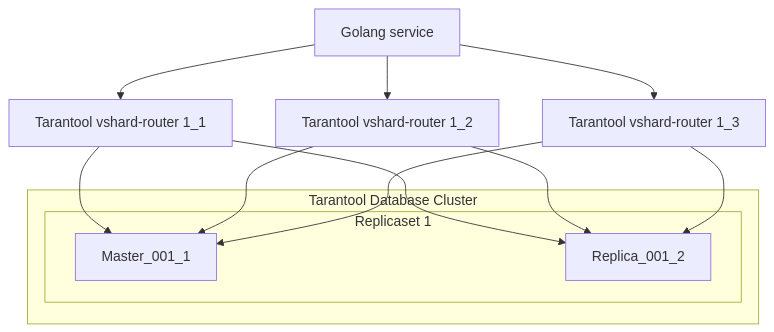
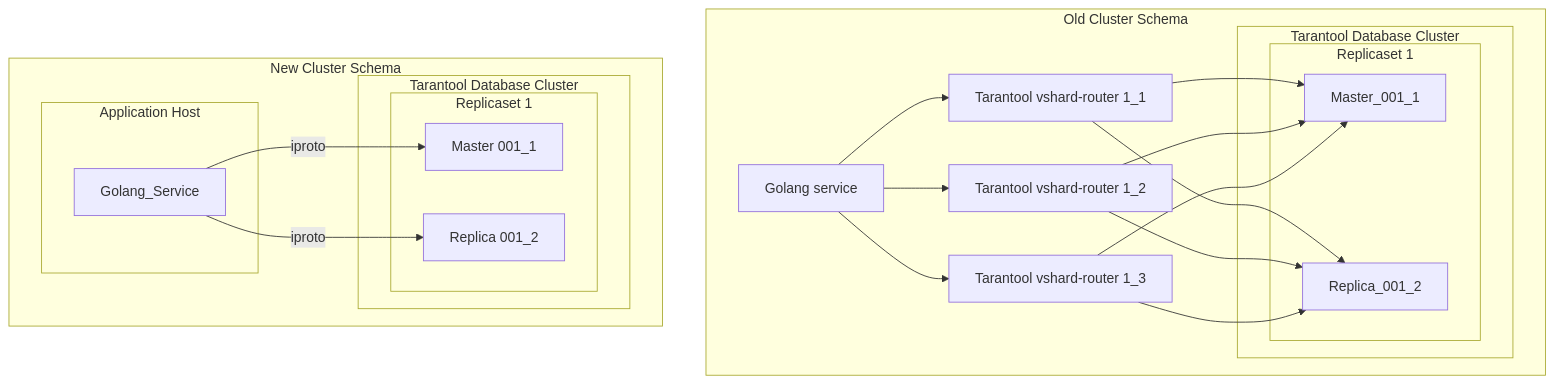
The diagram in README_ru.md (tarantool/go-vshard-router), drawn with Mermaid before and after one commit. The commit also changed other lines of this file and 1 other file, not shown here.

Commit message:
Refactor cluster schema: visualize old and new architectures side by side.
Displayed the old and new Tarantool cluster architectures on the same level.

````diff
--- a/README_ru.md
+++ b/README_ru.md
@@ -18,22 +17,46 @@
 ```mermaid
 graph TD
-    subgraph Tarantool Database Cluster
-        subgraph Replicaset 1
-            Master_001_1
-            Replica_001_2
+    %% Старая схема кластера
+    subgraph Old_Cluster_Schema["Old Cluster Schema"]
+        direction LR
+        subgraph Tarantool Database Cluster
+            subgraph Replicaset 1
+                Master_001_1
+                Replica_001_2
+            end
         end
 
+        ROUTER1["Tarantool vshard-router 1_1"] --> Master_001_1
+        ROUTER2["Tarantool vshard-router 1_2"] --> Master_001_1
+        ROUTER3["Tarantool vshard-router 1_3"] --> Master_001_1
+        ROUTER1["Tarantool vshard-router 1_1"] --> Replica_001_2
+        ROUTER2["Tarantool vshard-router 1_2"] --> Replica_001_2
+        ROUTER3["Tarantool vshard-router 1_3"] --> Replica_001_2
+
+        GO["Golang service"]
+        GO --> ROUTER1
+        GO --> ROUTER2
+        GO --> ROUTER3
     end
 
-ROUTER1["Tarantool vshard-router 1_1"] --> Master_001_1
-ROUTER2["Tarantool vshard-router 1_2"] --> Master_001_1
-ROUTER3["Tarantool vshard-router 1_3"] --> Master_001_1
-ROUTER1["Tarantool vshard-router 1_1"] --> Replica_001_2
-ROUTER2["Tarantool vshard-router 1_2"] --> Replica_001_2
-ROUTER3["Tarantool vshard-router 1_3"] --> Replica_001_2
+    %% Новая схема кластера
+    subgraph New_Cluster_Schema["New Cluster Schema"]
+        direction LR
+        subgraph Application Host
+            Golang_Service
+        end
 
-GO["Golang service"]
-GO --> ROUTER1
-GO --> ROUTER2
-GO --> ROUTER3
+        Golang_Service --> |iproto| MASTER1
+        Golang_Service --> |iproto| REPLICA1
+
+        MASTER1["Master 001_1"]
+        REPLICA1["Replica 001_2"]
+
+        subgraph Tarantool Database Cluster
+            subgraph Replicaset 1
+                MASTER1
+                REPLICA1
+            end
+        end
+    end
 ```
````
